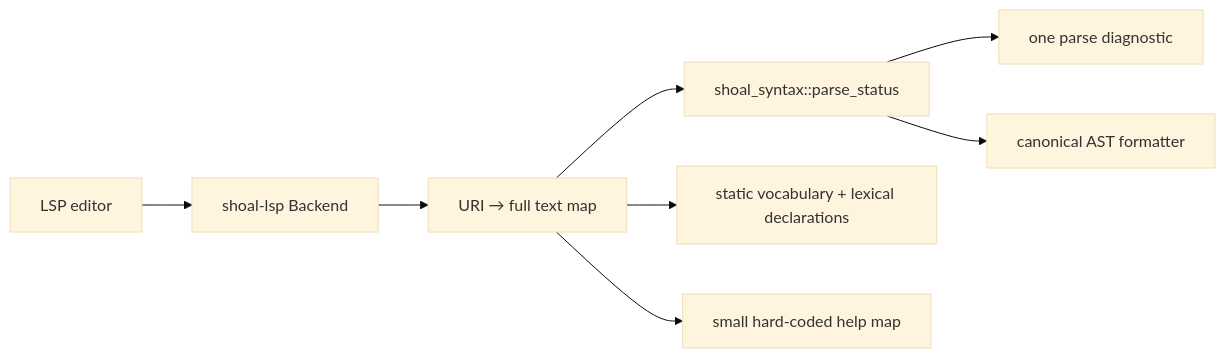
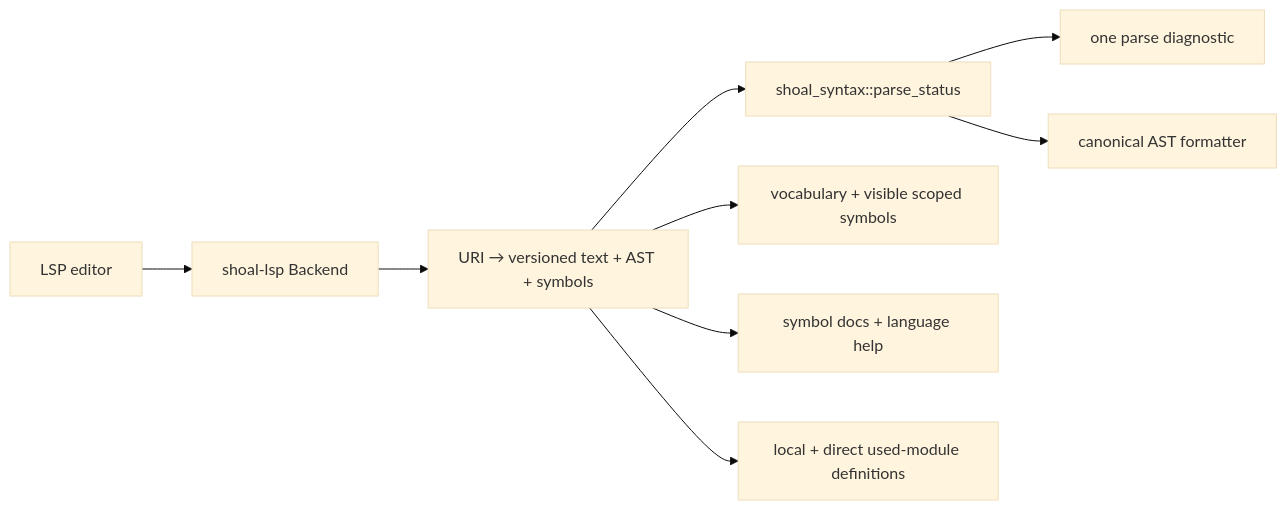
Before and after one commit to alliecatowo/shoal: the first of 3 diagrams in site/content/internals/tooling-and-quality.md, drawn with Mermaid (base theme). The commit also changed other lines of this file and 17 other files, not shown here.

````diff
--- a/site/content/internals/tooling-and-quality.md
+++ b/site/content/internals/tooling-and-quality.md
@@ -25,12 +26,13 @@
 ```mermaid
 flowchart LR
 accTitle: Editor service
 accDescr: Shows the components and relationships described in Editor service.
   Editor["LSP editor"] --> Backend["shoal-lsp Backend"]
-  Backend --> Docs["URI → full text map"]
+  Backend --> Docs["URI → versioned text + AST + symbols"]
   Docs --> ParseStatus["shoal_syntax::parse_status"]
   ParseStatus --> Diagnostics["one parse diagnostic"]
   ParseStatus --> Format["canonical AST formatter"]
-  Docs --> Completion["static vocabulary + lexical declarations"]
-  Docs --> Hover["small hard-coded help map"]
+  Docs --> Completion["vocabulary + visible scoped symbols"]
+  Docs --> Hover["symbol docs + language help"]
+  Docs --> Definition["local + direct used-module definitions"]
 ```
````
